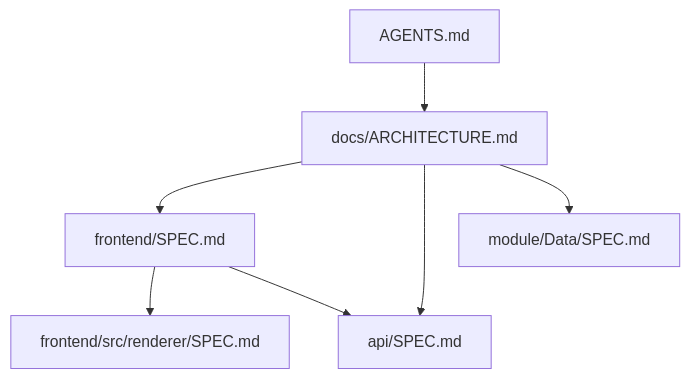
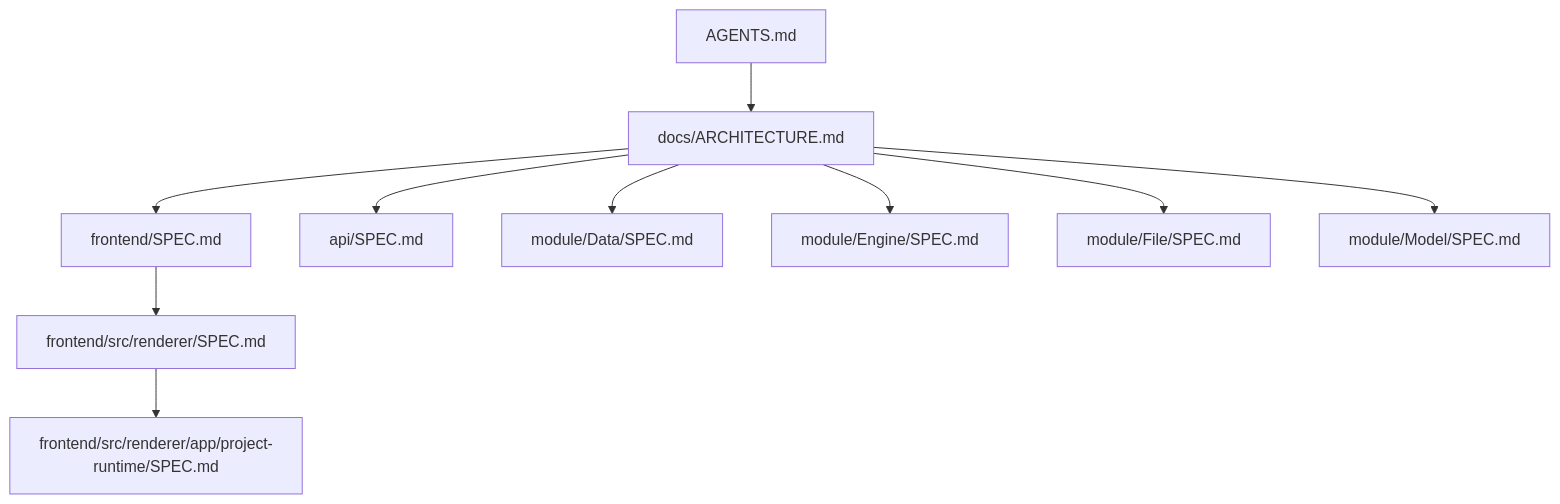
Before and after one commit to neavo/LinguaGacha: the second of 3 diagrams in docs/ARCHITECTURE.md, drawn with Mermaid. The commit also changed other lines of this file and 7 other files, not shown here.

````diff
--- a/docs/ARCHITECTURE.md
+++ b/docs/ARCHITECTURE.md
@@ -33,9 +20,12 @@
 ```mermaid
 flowchart TD
     A["AGENTS.md"] --> B["docs/ARCHITECTURE.md"]
     B --> C["frontend/SPEC.md"]
-    B --> D["api/SPEC.md"]
-    B --> E["module/Data/SPEC.md"]
-    C --> F["frontend/src/renderer/SPEC.md"]
-    C --> D
+    C --> D["frontend/src/renderer/SPEC.md"]
+    D --> E["frontend/src/renderer/app/project-runtime/SPEC.md"]
+    B --> F["api/SPEC.md"]
+    B --> G["module/Data/SPEC.md"]
+    B --> H["module/Engine/SPEC.md"]
+    B --> I["module/File/SPEC.md"]
+    B --> J["module/Model/SPEC.md"]
 ```
````
